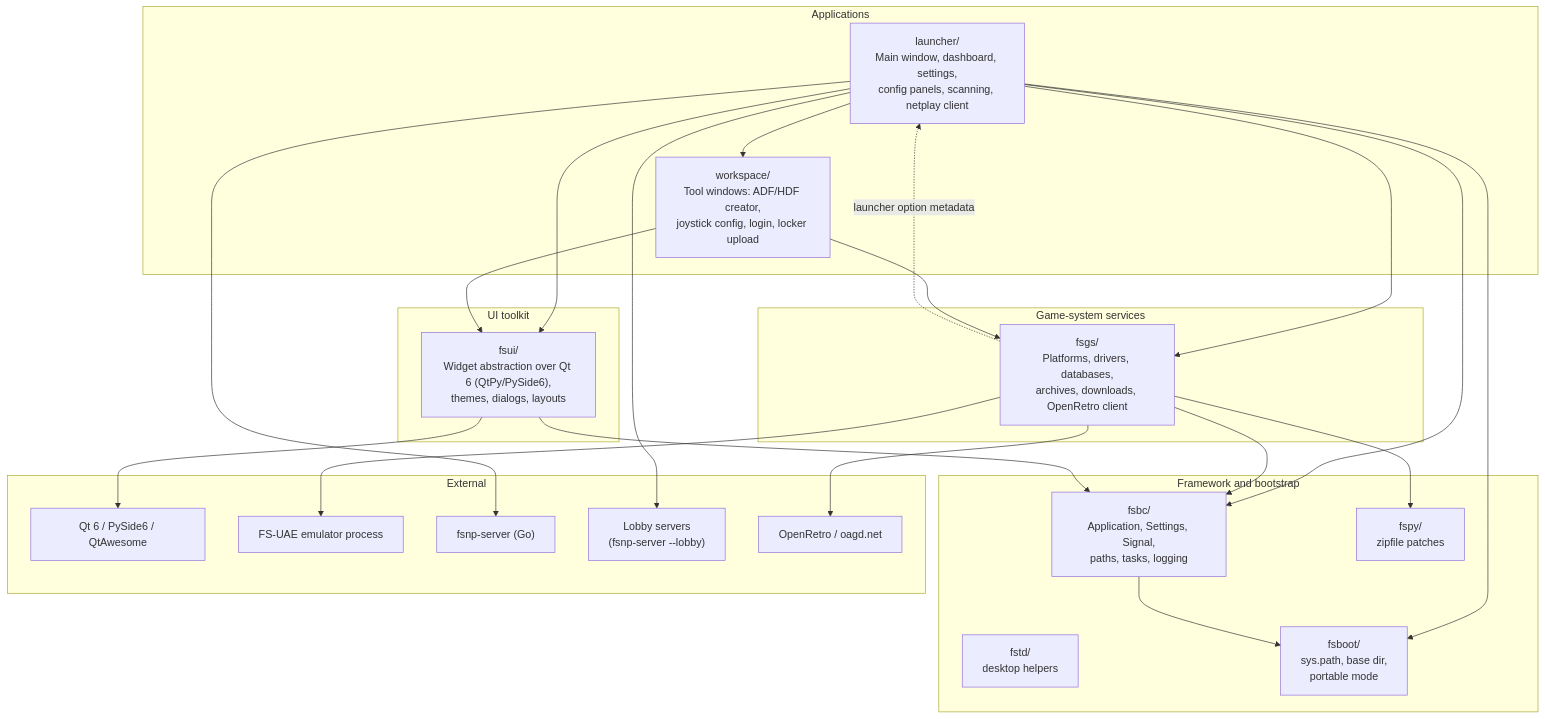
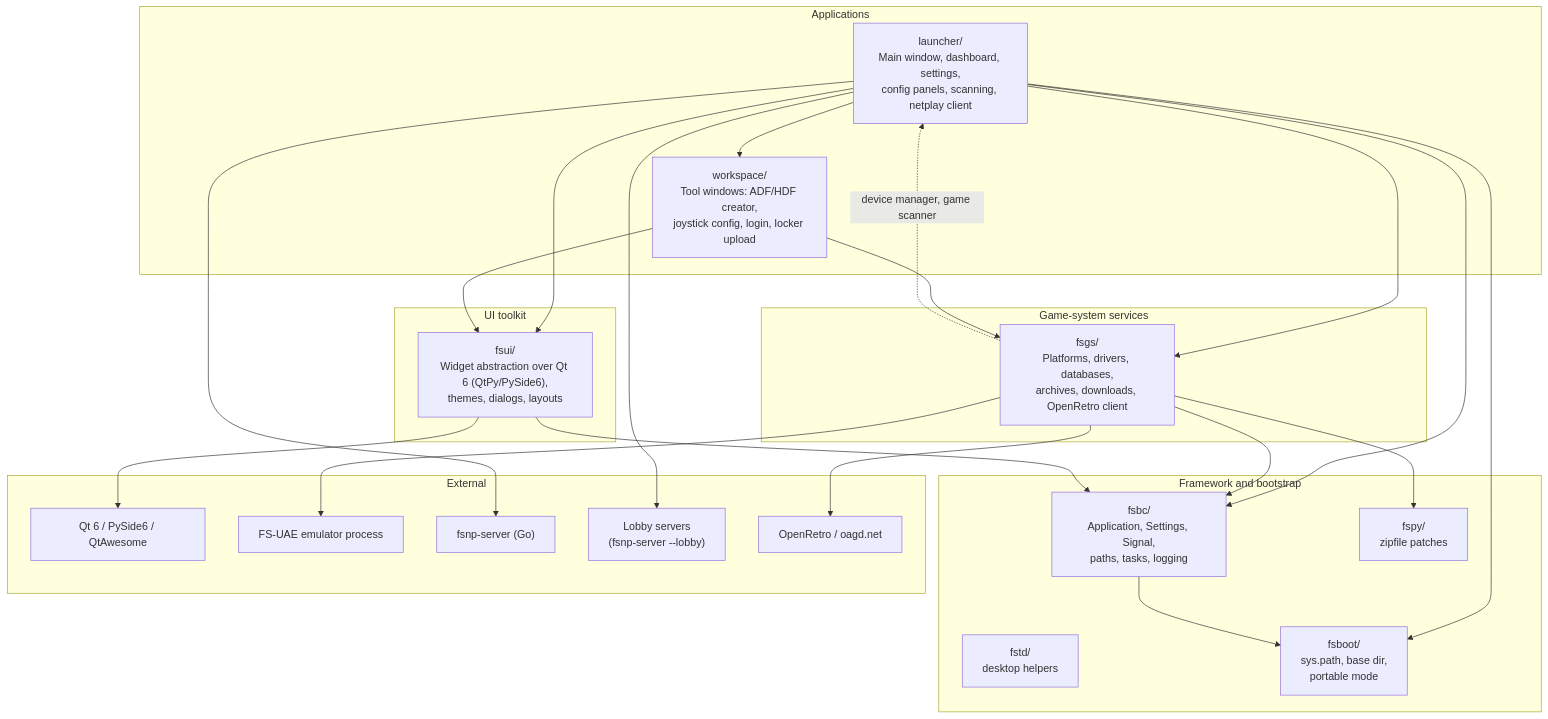
One commit to pdabel/fs-uae-launcher changed the first of 5 diagrams in docs/architecture.md. Above: the diagram before and after it, drawn with Mermaid. The commit also changed other lines of this file and 6 other files, not shown here.

Commit message:
Stop the game drivers importing launcher config and options (#171)

````diff
--- a/docs/architecture.md
+++ b/docs/architecture.md
@@ -24,48 +24,48 @@
 ```mermaid
 flowchart TB
     subgraph app["Applications"]
         launcher["launcher/<br/>Main window, dashboard, settings,<br/>config panels, scanning, netplay client"]
         workspace["workspace/<br/>Tool windows: ADF/HDF creator,<br/>joystick config, login, locker upload"]
     end
 
     subgraph domain["Game-system services"]
         fsgs["fsgs/<br/>Platforms, drivers, databases,<br/>archives, downloads, OpenRetro client"]
     end
 
     subgraph ui["UI toolkit"]
         fsui["fsui/<br/>Widget abstraction over Qt 6 (QtPy/PySide6),<br/>themes, dialogs, layouts"]
     end
 
     subgraph base["Framework and bootstrap"]
         fsbc["fsbc/<br/>Application, Settings, Signal,<br/>paths, tasks, logging"]
         fspy["fspy/<br/>zipfile patches"]
         fstd["fstd/<br/>desktop helpers"]
         fsboot["fsboot/<br/>sys.path, base dir,<br/>portable mode"]
     end
 
     subgraph ext["External"]
         qt["Qt 6 / PySide6 / QtAwesome"]
         fsuae["FS-UAE emulator process"]
         fsnp["fsnp-server (Go)"]
         lobbies["Lobby servers<br/>(fsnp-server --lobby)"]
         openretro["OpenRetro / oagd.net"]
     end
 
     launcher --> fsui
     launcher --> fsgs
     launcher --> fsbc
     launcher --> fsboot
     launcher --> lobbies
     launcher --> fsnp
     launcher --> workspace
     workspace --> fsui
     workspace --> fsgs
     fsgs --> fsbc
-    fsgs -. "launcher option metadata" .-> launcher
+    fsgs -. "device manager, game scanner" .-> launcher
     fsgs --> fspy
     fsgs --> fsuae
     fsgs --> openretro
     fsui --> fsbc
     fsui --> qt
     fsbc --> fsboot
 ```
````
